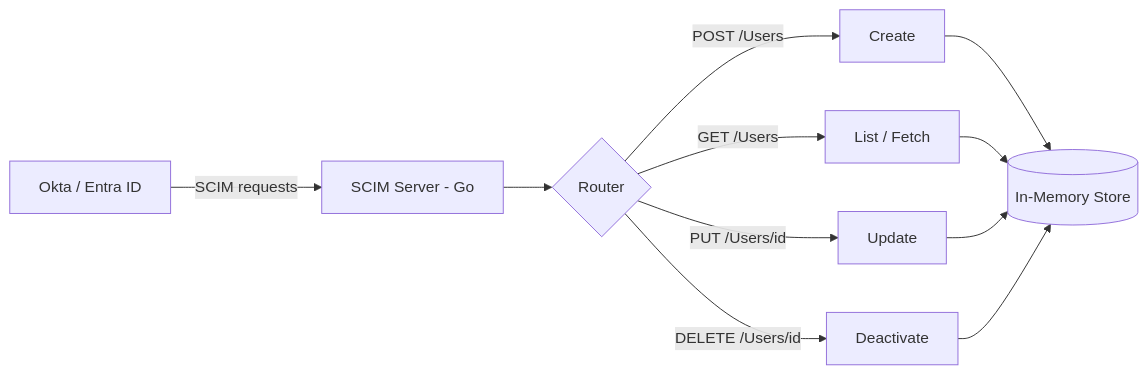
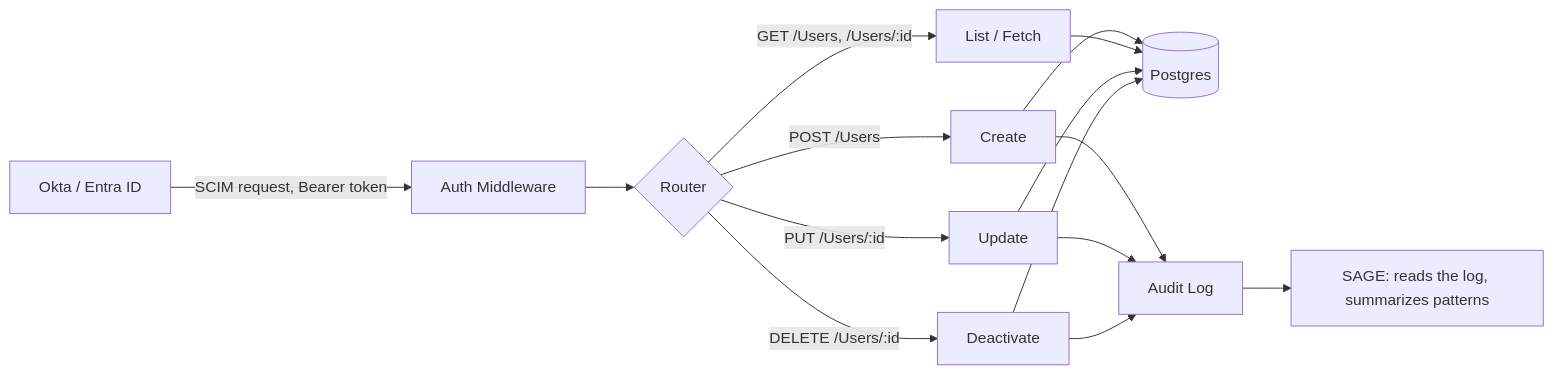
The diagram in README.md (meghamahna/SCIMage), drawn with Mermaid before and after one commit. The commit also changed other lines of this file and 2 other files, not shown here.

Commit message:
docs: rewrite README and add Makefile for a runnable getting-started flow

````diff
--- a/README.md
+++ b/README.md
@@ -62,13 +38,17 @@
 ```mermaid
 flowchart LR
-    A[Okta / Entra ID] -->|SCIM requests| B[SCIM Server - Go]
-    B --> C{Router}
-    C -->|POST /Users| D[Create]
-    C -->|GET /Users| E[List / Fetch]
-    C -->|PUT /Users/id| F[Update]
-    C -->|DELETE /Users/id| G[Deactivate]
-    D --> H[(In-Memory Store)]
-    E --> H
-    F --> H
-    G --> H
+    IDP[Okta / Entra ID] -->|SCIM request, Bearer token| AUTH[Auth Middleware]
+    AUTH --> ROUTER{Router}
+    ROUTER -->|POST /Users| CREATE[Create]
+    ROUTER -->|GET /Users, /Users/:id| READ[List / Fetch]
+    ROUTER -->|PUT /Users/:id| UPDATE[Update]
+    ROUTER -->|DELETE /Users/:id| DEACTIVATE[Deactivate]
+    CREATE --> DB[(Postgres)]
+    READ --> DB
+    UPDATE --> DB
+    DEACTIVATE --> DB
+    CREATE --> AUDIT[Audit Log]
+    UPDATE --> AUDIT
+    DEACTIVATE --> AUDIT
+    AUDIT --> SAGE[SAGE: reads the log, summarizes patterns]
 ```
````
